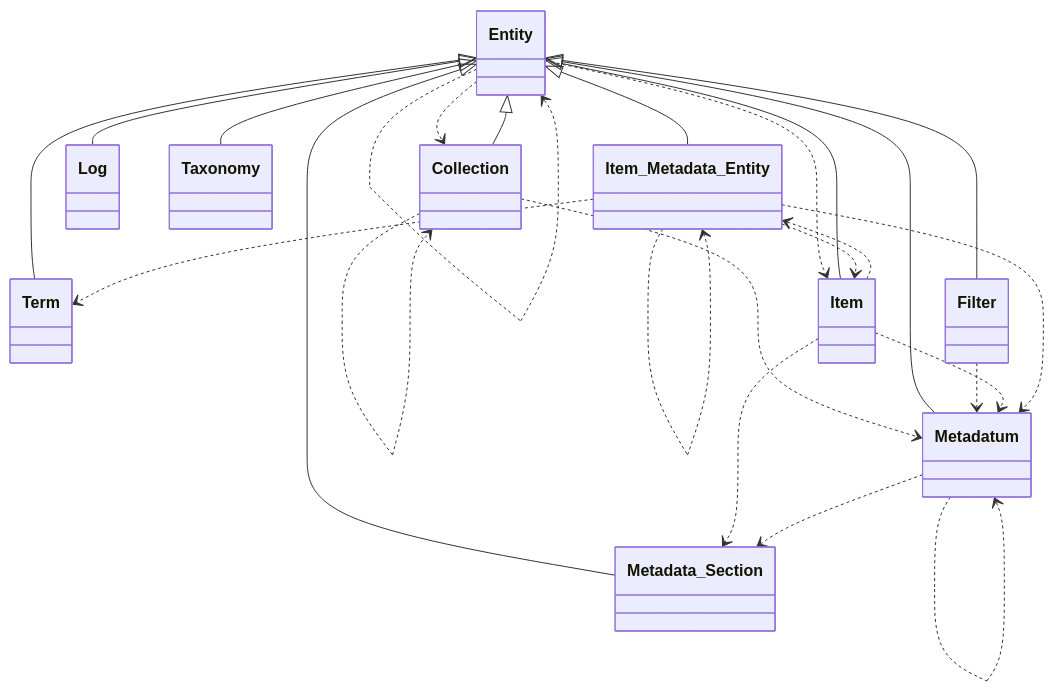
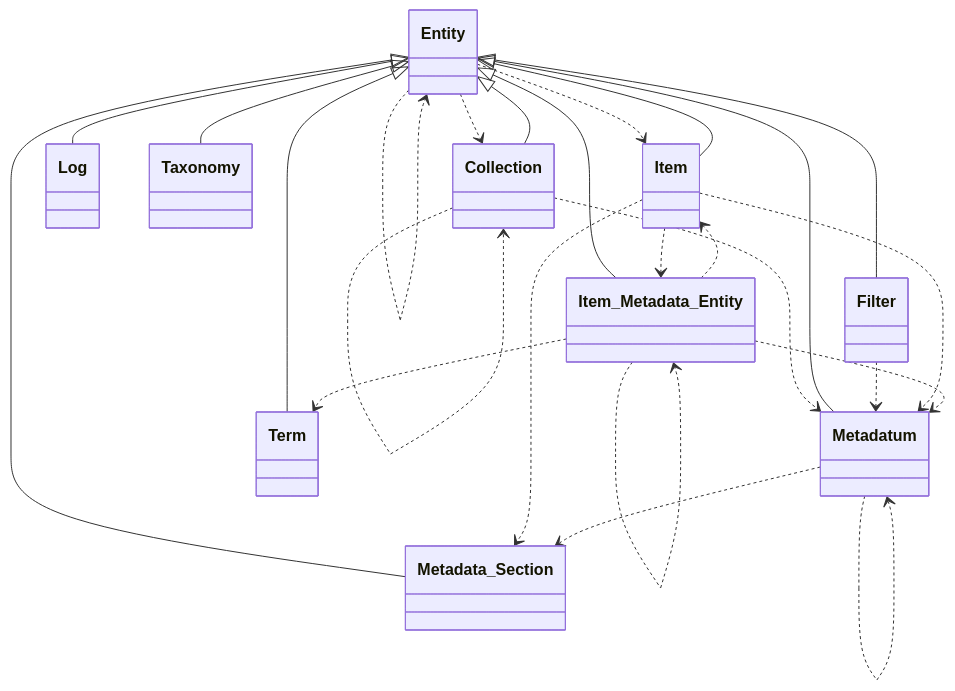
The fourth of 13 diagrams in docs/phpdoc/Home.md (tainacan/tainacan), drawn with Mermaid before and after one commit. The commit also changed other lines of this file and 98 other files, not shown here.

````diff
--- a/docs/phpdoc/Home.md
+++ b/docs/phpdoc/Home.md
@@ -370,38 +364,38 @@
 ```mermaid
 classDiagram
     direction TB
+    class Metadatum { }
+    class Metadata_Section { }
+    class Item { }
+    class Entity { }
     class Item_Metadata_Entity { }
+    class Term { }
     class Log { }
     class Taxonomy { }
-    class Term { }
-    class Entity { }
-    class Metadata_Section { }
-    class Metadatum { }
-    class Item { }
+    class Collection { }
     class Filter { }
-    class Collection { }
     Collection ..> Collection
     Collection ..> Metadatum
     Entity ..> Collection
     Entity ..> Entity
     Entity ..> Item
     Entity <|-- Collection
     Entity <|-- Filter
     Entity <|-- Item
     Entity <|-- Item_Metadata_Entity
     Entity <|-- Log
     Entity <|-- Metadata_Section
     Entity <|-- Metadatum
     Entity <|-- Taxonomy
     Entity <|-- Term
     Filter ..> Metadatum
     Item ..> Item_Metadata_Entity
     Item ..> Metadata_Section
     Item ..> Metadatum
     Item_Metadata_Entity ..> Item
     Item_Metadata_Entity ..> Item_Metadata_Entity
     Item_Metadata_Entity ..> Metadatum
     Item_Metadata_Entity ..> Term
     Metadatum ..> Metadata_Section
     Metadatum ..> Metadatum
 ```
````
